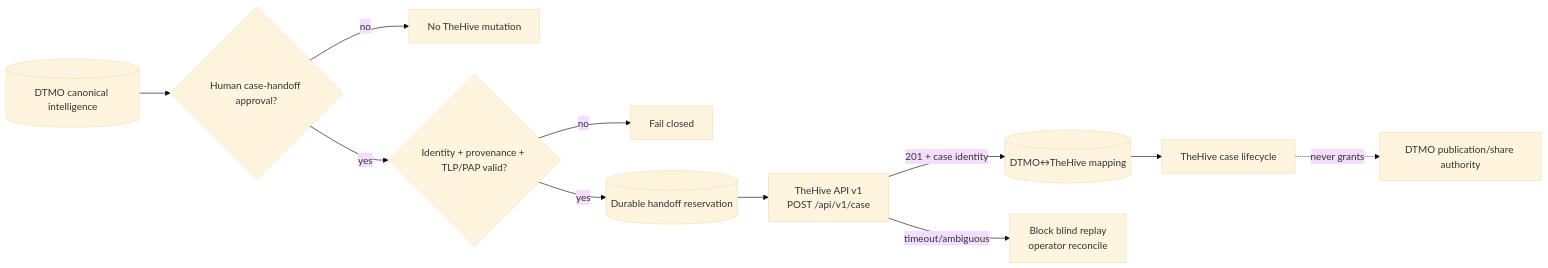
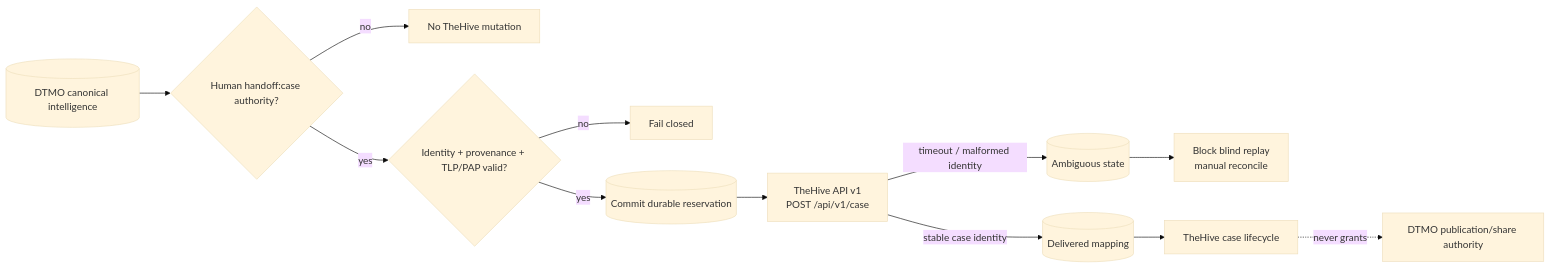
Before and after one commit to GJvManen/dtmo: the second of 2 diagrams in docs/roadmap/PLATFORM_INDUSTRIALISATION_ROADMAP.md, drawn with Mermaid (base theme). The commit also changed other lines of this file, not shown here.

Commit message:
Advance Phase 11.6 roadmap to bounded handoff implementation

````diff
--- a/docs/roadmap/PLATFORM_INDUSTRIALISATION_ROADMAP.md
+++ b/docs/roadmap/PLATFORM_INDUSTRIALISATION_ROADMAP.md
@@ -88,13 +88,14 @@
 ```mermaid
 flowchart LR
-    D[(DTMO canonical intelligence)] --> A{Human case-handoff approval?}
+    D[(DTMO canonical intelligence)] --> A{Human handoff:case authority?}
     A -->|no| N[No TheHive mutation]
     A -->|yes| V{Identity + provenance + TLP/PAP valid?}
     V -->|no| X[Fail closed]
-    V -->|yes| R[(Durable handoff reservation)]
+    V -->|yes| R[(Commit durable reservation)]
     R --> C[TheHive API v1\nPOST /api/v1/case]
-    C -->|201 + case identity| M[(DTMO↔TheHive mapping)]
-    C -->|timeout/ambiguous| U[Block blind replay\noperator reconcile]
+    C -->|stable case identity| M[(Delivered mapping)]
+    C -->|timeout / malformed identity| U[(Ambiguous state)]
+    U --> B[Block blind replay\nmanual reconcile]
     M --> H[TheHive case lifecycle]
     H -. never grants .-> S[DTMO publication/share authority]
 ```
````
